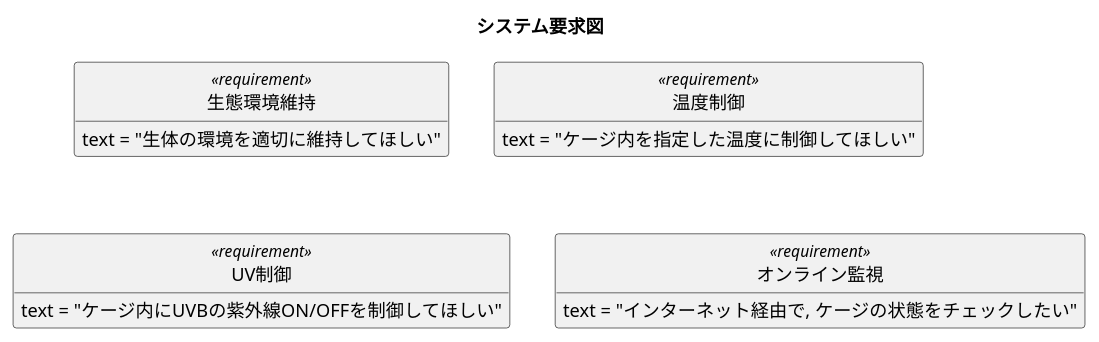
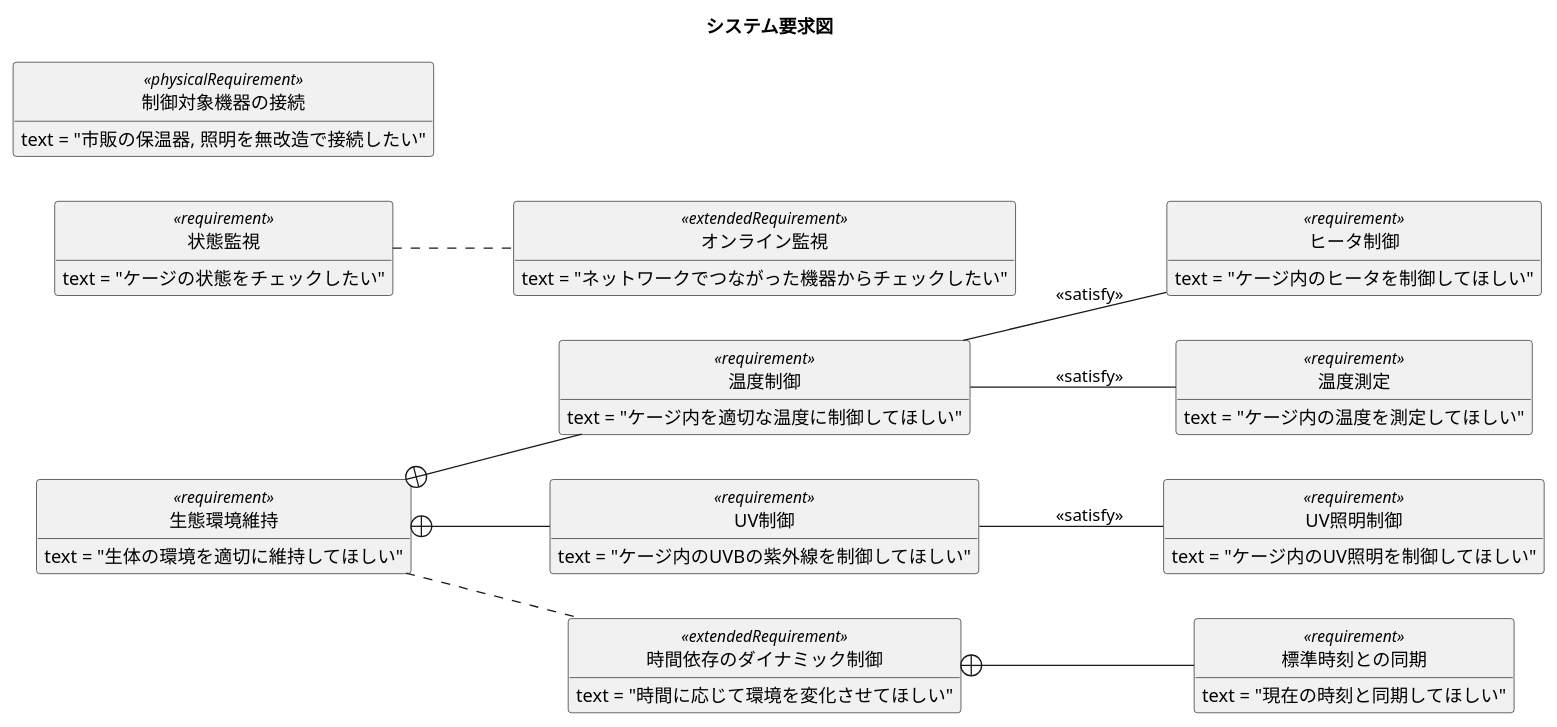
One commit to ShujiMikami/RenjiSystemProject changed the diagram in RequirementsAndSpecs/RequirementDiagram/RequirementsDiagram.plantuml. Above: the diagram before and after it, drawn with PlantUML.

Commit message:
要求図を少し修正

```diff
--- a/RequirementsAndSpecs/RequirementDiagram/RequirementsDiagram.plantuml
+++ b/RequirementsAndSpecs/RequirementDiagram/RequirementsDiagram.plantuml
@@ -1,23 +1,61 @@
 @startuml
 
 hide circle
 hide empty members
 hide method
 
 title システム要求図
 
+left to right direction
+
 class "生態環境維持" as RequirementControlEnvironment <<requirement>>{
   text = "生体の環境を適切に維持してほしい"
 }
 class "温度制御" as RequirementTemperatureControl <<requirement>>{
-  text = "ケージ内を指定した温度に制御してほしい"
+  text = "ケージ内を適切な温度に制御してほしい"
+}
+class "ヒータ制御" as RequirementHeaterControl <<requirement>>{
+  text = "ケージ内のヒータを制御してほしい"
 }
 class "UV制御" as RequirementUVControl <<requirement>>{
-  text = "ケージ内にUVBの紫外線ON/OFFを制御してほしい"
+  text = "ケージ内のUVBの紫外線を制御してほしい"
 }
-class "オンライン監視" as RequirementOnlineConnection <<requirement>>{
-  text = "インターネット経由で, ケージの状態をチェックしたい"
+class "UV照明制御" as RequirementUVlightControl <<requirement>>{
+  text = "ケージ内のUV照明を制御してほしい"
 }
 
+class "状態監視" as RequirementCheckEnvironment <<requirement>>{
+  text = "ケージの状態をチェックしたい"
+}
+class "制御対象機器の接続" as RequirementThermoPeripheralConnection<<physicalRequirement>>{
+  text = "市販の保温器, 照明を無改造で接続したい"
+}
+
+class "時間依存のダイナミック制御" as RequirementEnvironmentDinamicControl<<extendedRequirement>>{
+  text = "時間に応じて環境を変化させてほしい"
+}
+
+class "標準時刻との同期" as RequirementAbsoluteTime<<requirement>>{
+  text = "現在の時刻と同期してほしい"
+}
+
+class "オンライン監視" as RequirementCheckEnvironmentOnline<<extendedRequirement>>{
+  text = "ネットワークでつながった機器からチェックしたい"
+}
+
+class "温度測定" as RequirementMeasureTemperature<<requirement>>{
+  text = "ケージ内の温度を測定してほしい"
+}
+
+RequirementControlEnvironment +-- RequirementUVControl
+RequirementControlEnvironment +-- RequirementTemperatureControl
+RequirementControlEnvironment .. RequirementEnvironmentDinamicControl
+RequirementTemperatureControl -- RequirementHeaterControl : <<satisfy>>
+RequirementUVControl -- RequirementUVlightControl : <<satisfy>>
+
+RequirementEnvironmentDinamicControl +-- RequirementAbsoluteTime
+
+RequirementCheckEnvironment .. RequirementCheckEnvironmentOnline
+RequirementTemperatureControl -- RequirementMeasureTemperature : <<satisfy>>
 
 @enduml
```
